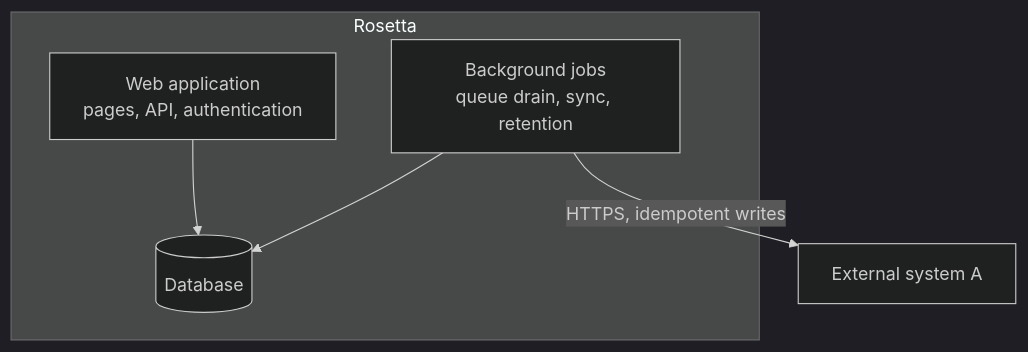
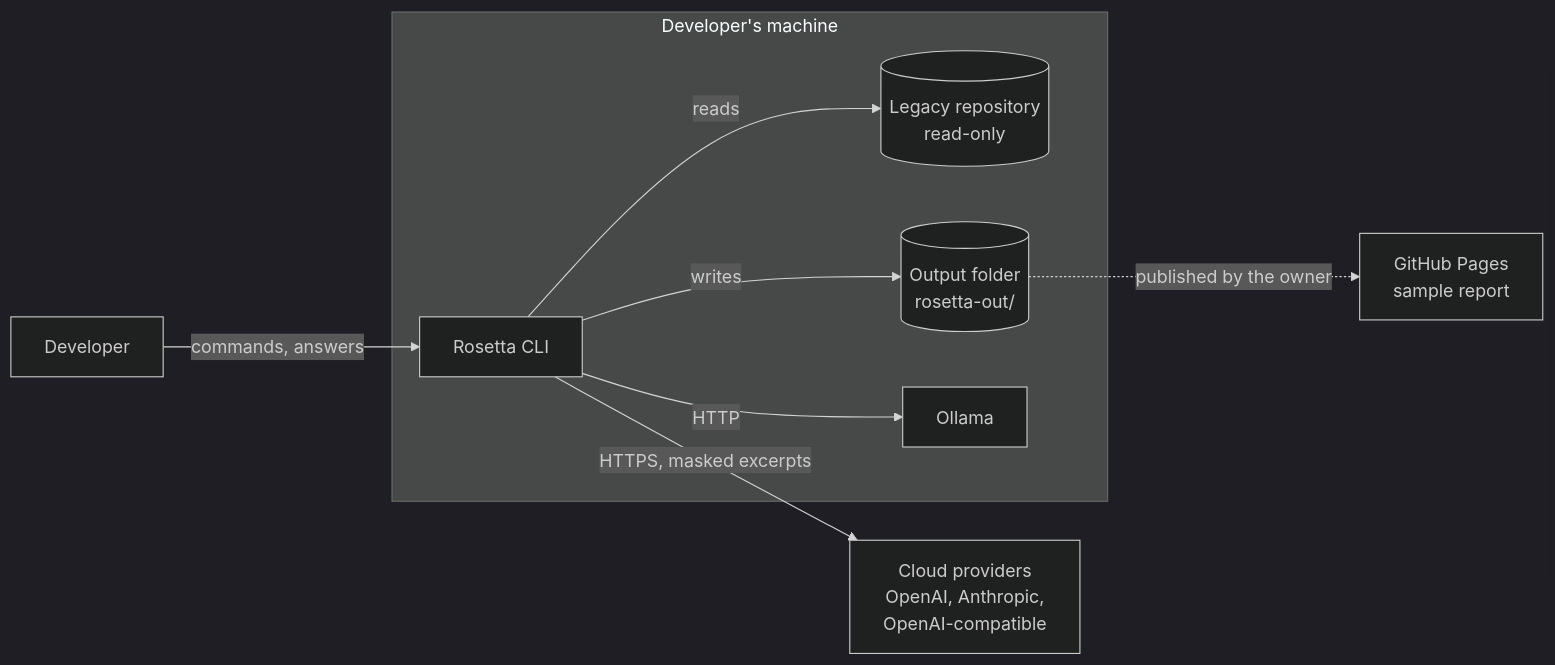
One commit to blacklight0101/Rosetta changed the first of 3 diagrams in docs/architecture.md. Above: the diagram before and after it, drawn with Mermaid (dark theme). The commit also changed other lines of this file and 2 other files, not shown here.

First line of the commit message:
docs: architecture (Clean Architecture layers, layout, state lists, ports)

````diff
--- a/docs/architecture.md
+++ b/docs/architecture.md
@@ -51,12 +17,18 @@
 ```mermaid
-flowchart TB
-  subgraph SYS[Rosetta]
-    WEB[Web application<br/>pages, API, authentication]
-    JOBS[Background jobs<br/>queue drain, sync, retention]
-    DB[(Database)]
+flowchart LR
+  DEV[Developer]
+  subgraph Machine["Developer's machine"]
+    RST[Rosetta CLI]
+    REPO[(Legacy repository<br/>read-only)]
+    OUT[(Output folder<br/>rosetta-out/)]
+    OLL[Ollama]
   end
-  EXT1[External system A]
-  WEB --> DB
-  JOBS --> DB
-  JOBS -->|HTTPS, idempotent writes| EXT1
+  CLOUD[Cloud providers<br/>OpenAI, Anthropic,<br/>OpenAI-compatible]
+  PAGES[GitHub Pages<br/>sample report]
+  DEV -- commands, answers --> RST
+  RST -- reads --> REPO
+  RST -- writes --> OUT
+  RST -- HTTP --> OLL
+  RST -- HTTPS, masked excerpts --> CLOUD
+  OUT -. published by the owner .-> PAGES
 ```
````
